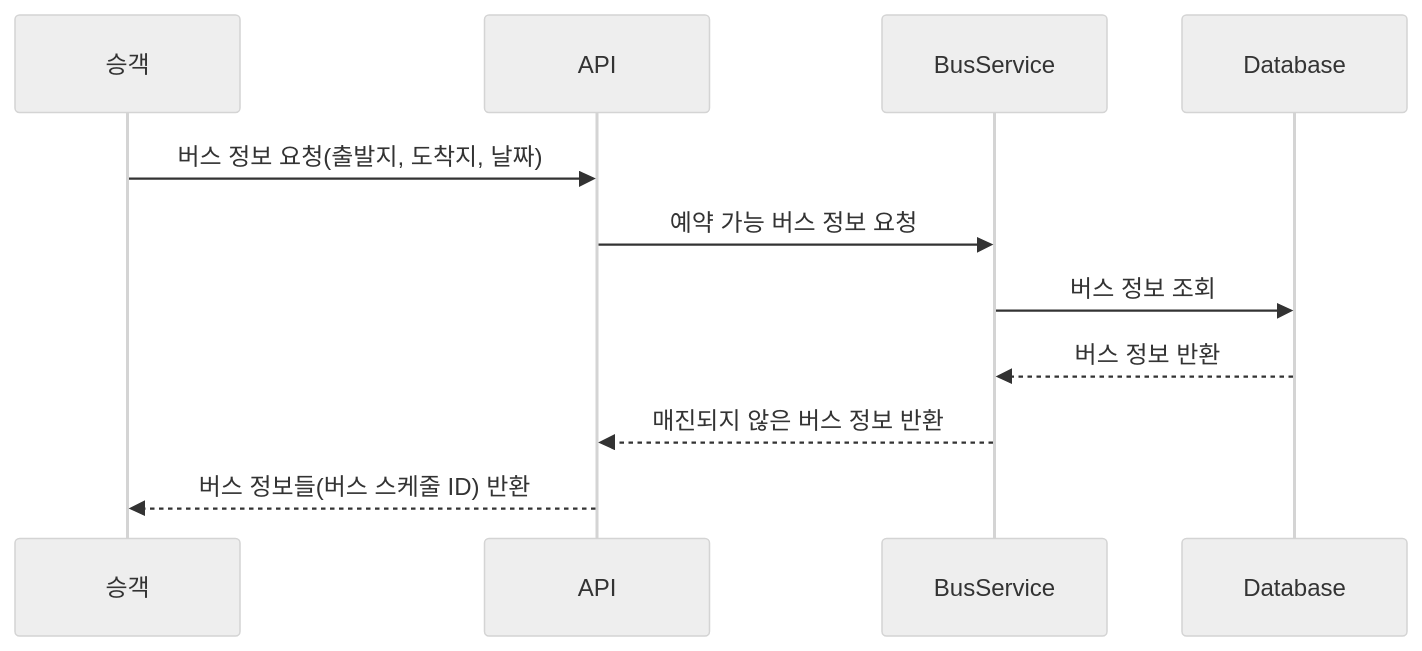
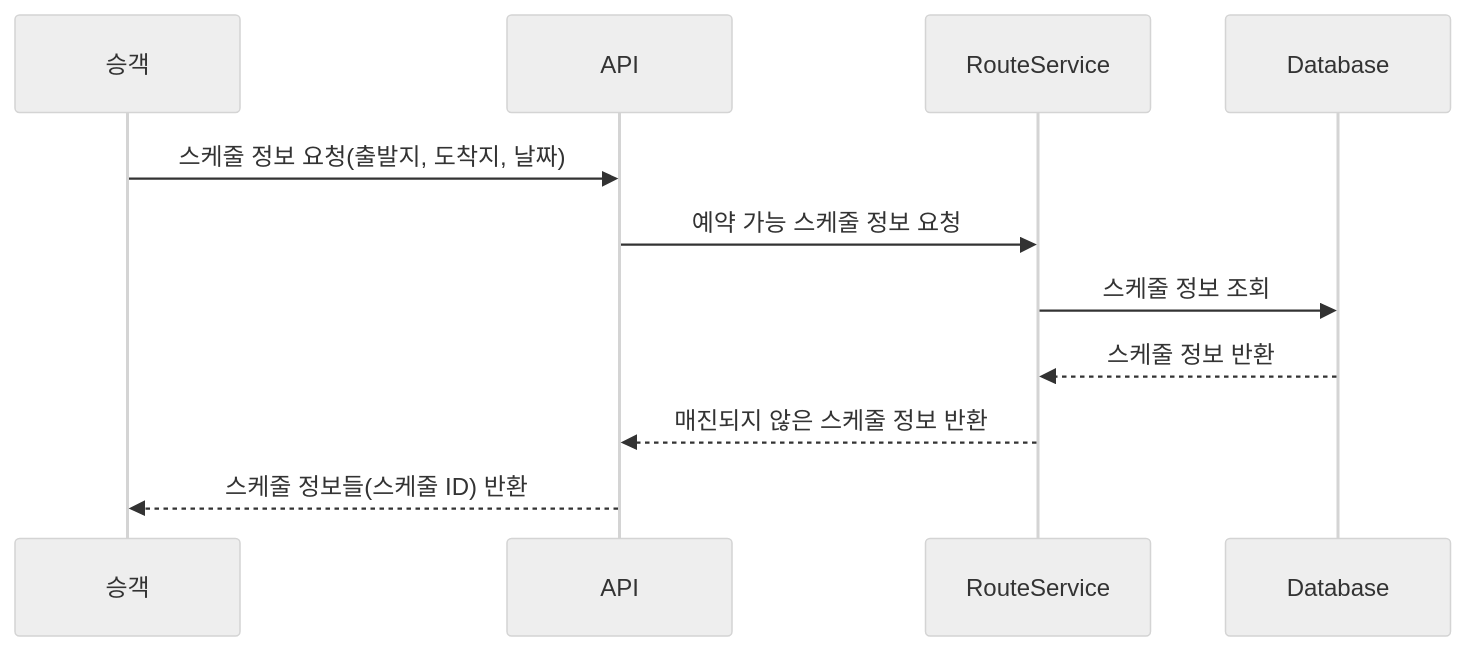
One commit to hsjni0110/ReservationSystem changed the first of 6 diagrams in docs/EventSequence.md. Above: the diagram before and after it, drawn with Mermaid (neutral theme). The commit also changed other lines of this file and 20 other files, not shown here.

````diff
--- a/docs/EventSequence.md
+++ b/docs/EventSequence.md
@@ -4,15 +4,15 @@
 ```mermaid
 sequenceDiagram
     participant User as 승객
     participant API as API
-    participant BusService as BusService
+    participant RouteService as RouteService
     participant DB as Database
 
-    User ->> API: 버스 정보 요청(출발지, 도착지, 날짜)
-    API ->> BusService: 예약 가능 버스 정보 요청
-    BusService ->> DB: 버스 정보 조회
-    DB -->> BusService: 버스 정보 반환
-    BusService -->> API: 매진되지 않은 버스 정보 반환
-    API -->> User: 버스 정보들(버스 스케줄 ID) 반환
+    User ->> API: 스케줄 정보 요청(출발지, 도착지, 날짜)
+    API ->> RouteService: 예약 가능 스케줄 정보 요청
+    RouteService ->> DB: 스케줄 정보 조회
+    DB -->> RouteService: 스케줄 정보 반환
+    RouteService -->> API: 매진되지 않은 스케줄 정보 반환
+    API -->> User: 스케줄 정보들(스케줄 ID) 반환
 
 ```
````
